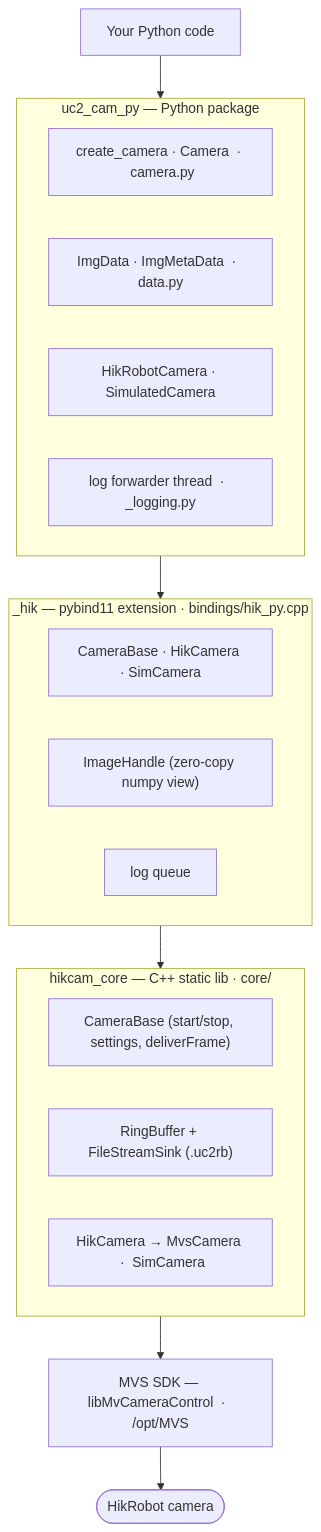
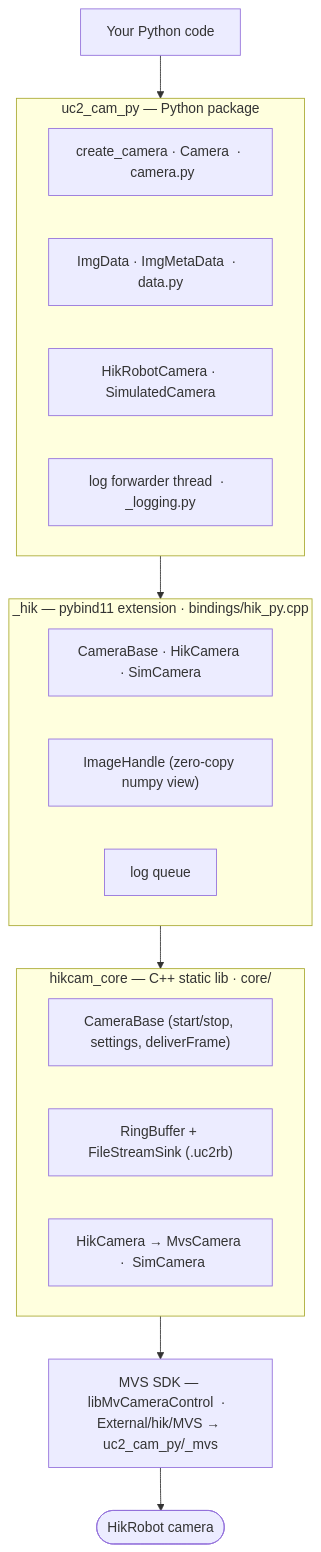
One commit to openUC2/UC2_cam_py changed the first of 2 diagrams in README.md. Above: the diagram before and after it, drawn with Mermaid. The commit also changed other lines of this file and 17 other files, not shown here.

````diff
--- a/README.md
+++ b/README.md
@@ -58,24 +59,24 @@
 ```mermaid
 flowchart TD
     U["Your Python code"] --> P
     subgraph P["uc2_cam_py — Python package"]
         CAM["create_camera · Camera  ·  camera.py"]
         DATA["ImgData · ImgMetaData  ·  data.py"]
         VEND["HikRobotCamera · SimulatedCamera"]
         LOG["log forwarder thread  ·  _logging.py"]
     end
     P --> EXT
     subgraph EXT["_hik — pybind11 extension  ·  bindings/hik_py.cpp"]
         CB["CameraBase · HikCamera · SimCamera"]
         IH["ImageHandle (zero-copy numpy view)"]
         LQ["log queue"]
     end
     EXT --> CORE
     subgraph CORE["hikcam_core — C++ static lib  ·  core/"]
         BASE["CameraBase (start/stop, settings, deliverFrame)"]
         RB["RingBuffer + FileStreamSink (.uc2rb)"]
         DEV["HikCamera → MvsCamera  ·  SimCamera"]
     end
-    CORE --> SDK["MVS SDK — libMvCameraControl  ·  /opt/MVS"]
+    CORE --> SDK["MVS SDK — libMvCameraControl  ·  External/hik/MVS → uc2_cam_py/_mvs"]
     SDK --> HW([HikRobot camera])
 ```
````
